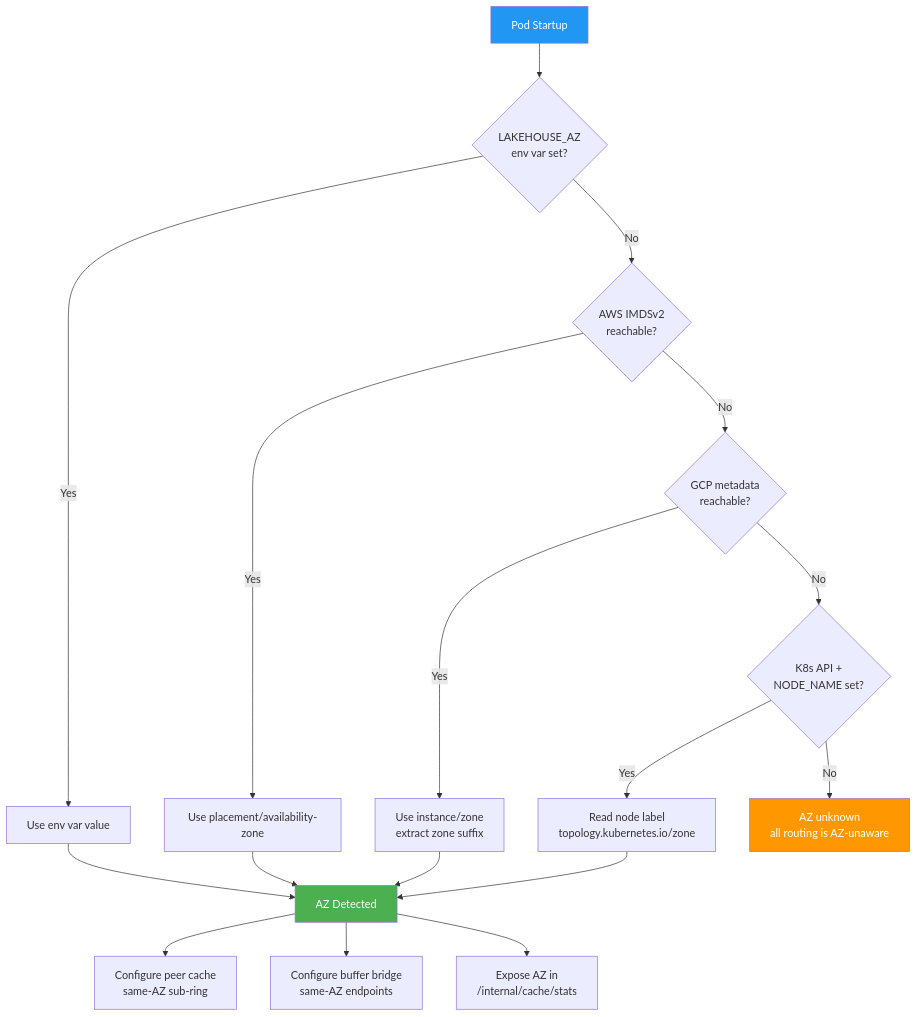
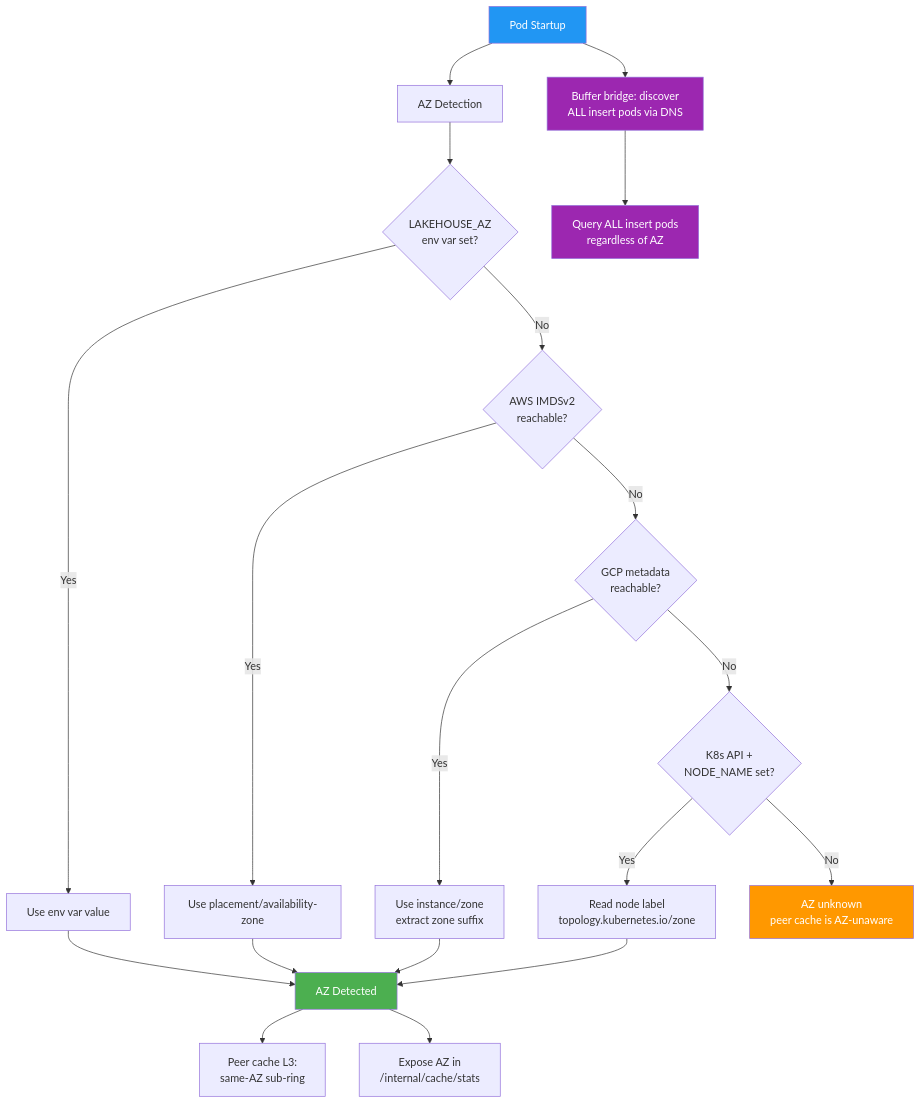
One commit to ReliablyObserve/victoria-lakehouse changed the second of 14 diagrams in docs/cross-az-optimization.md. Above: the diagram before and after it, drawn with Mermaid. The commit also changed other lines of this file and 84 other files, not shown here.

````diff
--- a/docs/cross-az-optimization.md
+++ b/docs/cross-az-optimization.md
@@ -70,25 +70,31 @@
 ```mermaid
 flowchart TD
-    START[Pod Startup] --> ENV{LAKEHOUSE_AZ<br/>env var set?}
+    START[Pod Startup] --> AZ_DETECT[AZ Detection]
+    START --> BRIDGE[Buffer bridge: discover<br/>ALL insert pods via DNS]
+
+    AZ_DETECT --> ENV{LAKEHOUSE_AZ<br/>env var set?}
     ENV -->|Yes| USE_ENV[Use env var value]
     ENV -->|No| IMDS{AWS IMDSv2<br/>reachable?}
     IMDS -->|Yes| USE_IMDS[Use placement/availability-zone]
     IMDS -->|No| GCP{GCP metadata<br/>reachable?}
     GCP -->|Yes| USE_GCP[Use instance/zone<br/>extract zone suffix]
     GCP -->|No| K8S{K8s API +<br/>NODE_NAME set?}
     K8S -->|Yes| USE_K8S["Read node label<br/>topology.kubernetes.io/zone"]
-    K8S -->|No| EMPTY[AZ unknown<br/>all routing is AZ-unaware]
+    K8S -->|No| EMPTY[AZ unknown<br/>peer cache is AZ-unaware]
 
     USE_ENV --> DETECTED[AZ Detected]
     USE_IMDS --> DETECTED
     USE_GCP --> DETECTED
     USE_K8S --> DETECTED
 
-    DETECTED --> RING[Configure peer cache<br/>same-AZ sub-ring]
-    DETECTED --> BRIDGE[Configure buffer bridge<br/>same-AZ endpoints]
+    DETECTED --> RING[Peer cache L3:<br/>same-AZ sub-ring]
     DETECTED --> STATS[Expose AZ in<br/>/internal/cache/stats]
+
+    BRIDGE --> ALL_INSERT[Query ALL insert pods<br/>regardless of AZ]
 
     style START fill:#2196F3,color:#fff
     style DETECTED fill:#4CAF50,color:#fff
     style EMPTY fill:#FF9800,color:#fff
+    style BRIDGE fill:#9C27B0,color:#fff
+    style ALL_INSERT fill:#9C27B0,color:#fff
 ```
````
